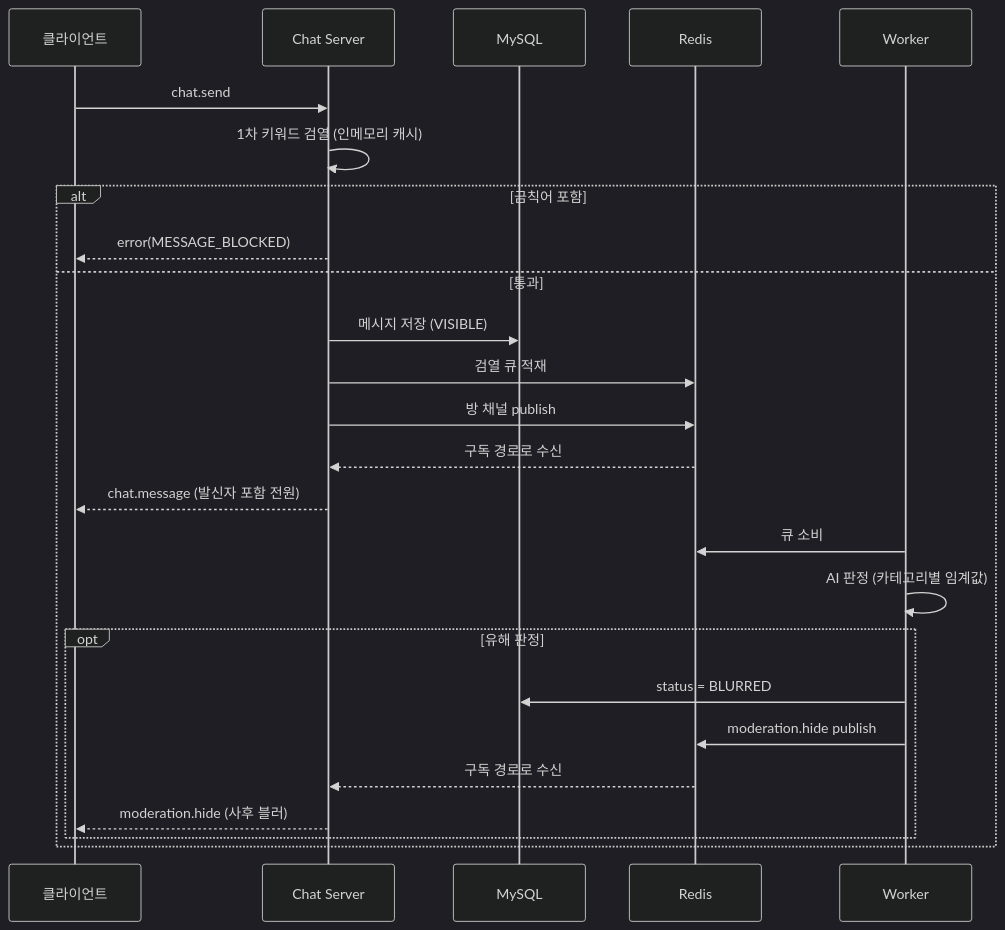
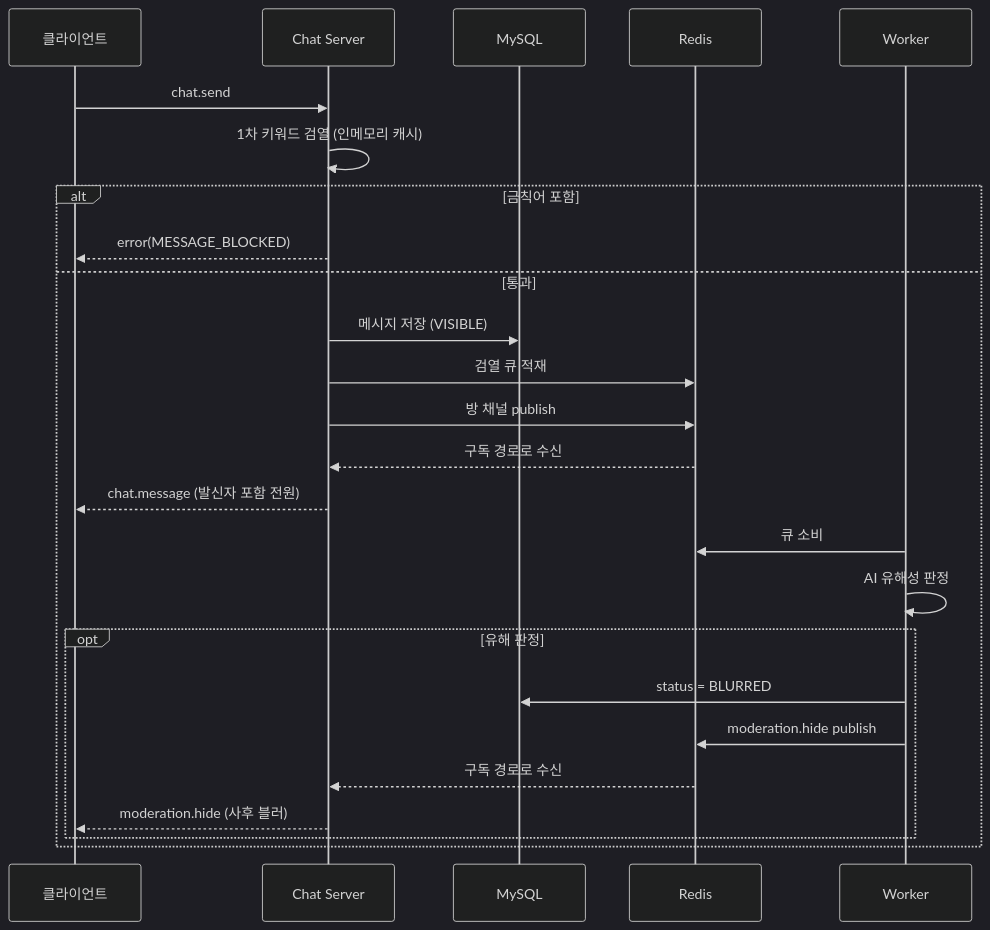
One commit to jotace06/chatguard changed the diagram in README.md. Above: the diagram before and after it, drawn with Mermaid (dark theme). The commit also changed other lines of this file and 3 other files, not shown here.

````diff
--- a/README.md
+++ b/README.md
@@ -80,31 +100,31 @@
 ```mermaid
 sequenceDiagram
     participant C as 클라이언트
     participant S as Chat Server
     participant D as MySQL
     participant R as Redis
     participant W as Worker
 
     C->>S: chat.send
     S->>S: 1차 키워드 검열 (인메모리 캐시)
 
     alt 금칙어 포함
         S-->>C: error(MESSAGE_BLOCKED)
     else 통과
         S->>D: 메시지 저장 (VISIBLE)
         S->>R: 검열 큐 적재
         S->>R: 방 채널 publish
         R-->>S: 구독 경로로 수신
         S-->>C: chat.message (발신자 포함 전원)
 
         W->>R: 큐 소비
-        W->>W: AI 판정 (카테고리별 임계값)
+        W->>W: AI 유해성 판정
 
         opt 유해 판정
             W->>D: status = BLURRED
             W->>R: moderation.hide publish
             R-->>S: 구독 경로로 수신
             S-->>C: moderation.hide (사후 블러)
         end
     end
 ```
````
